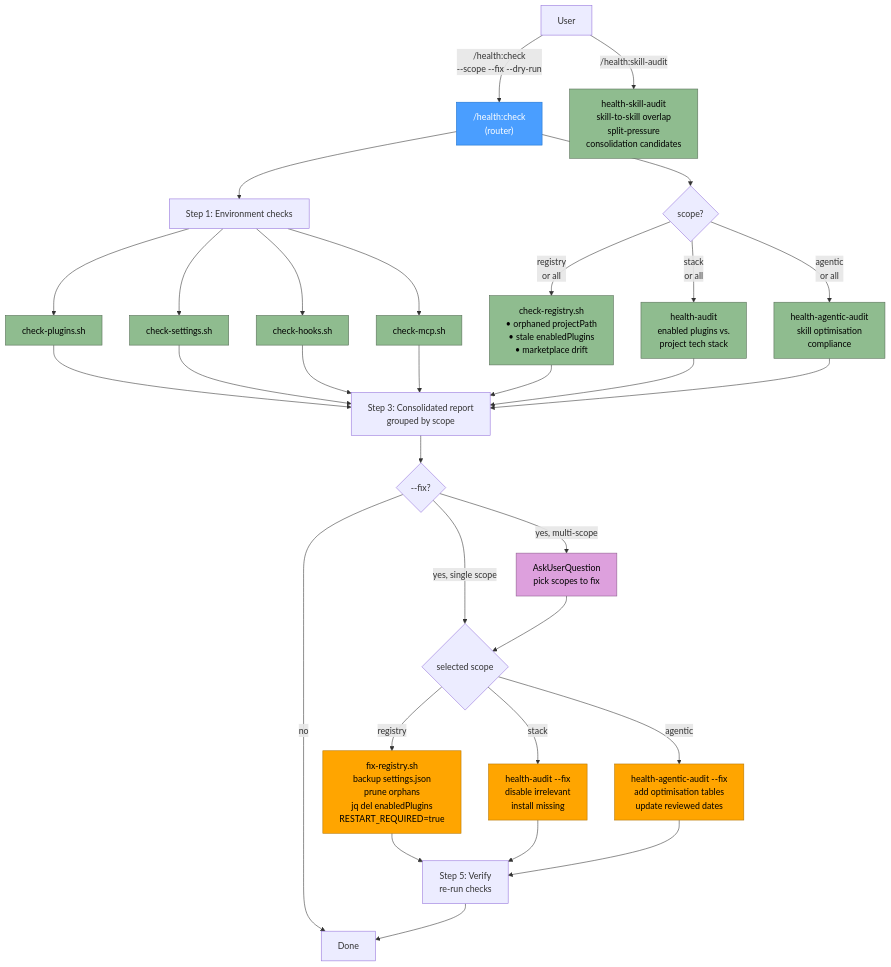
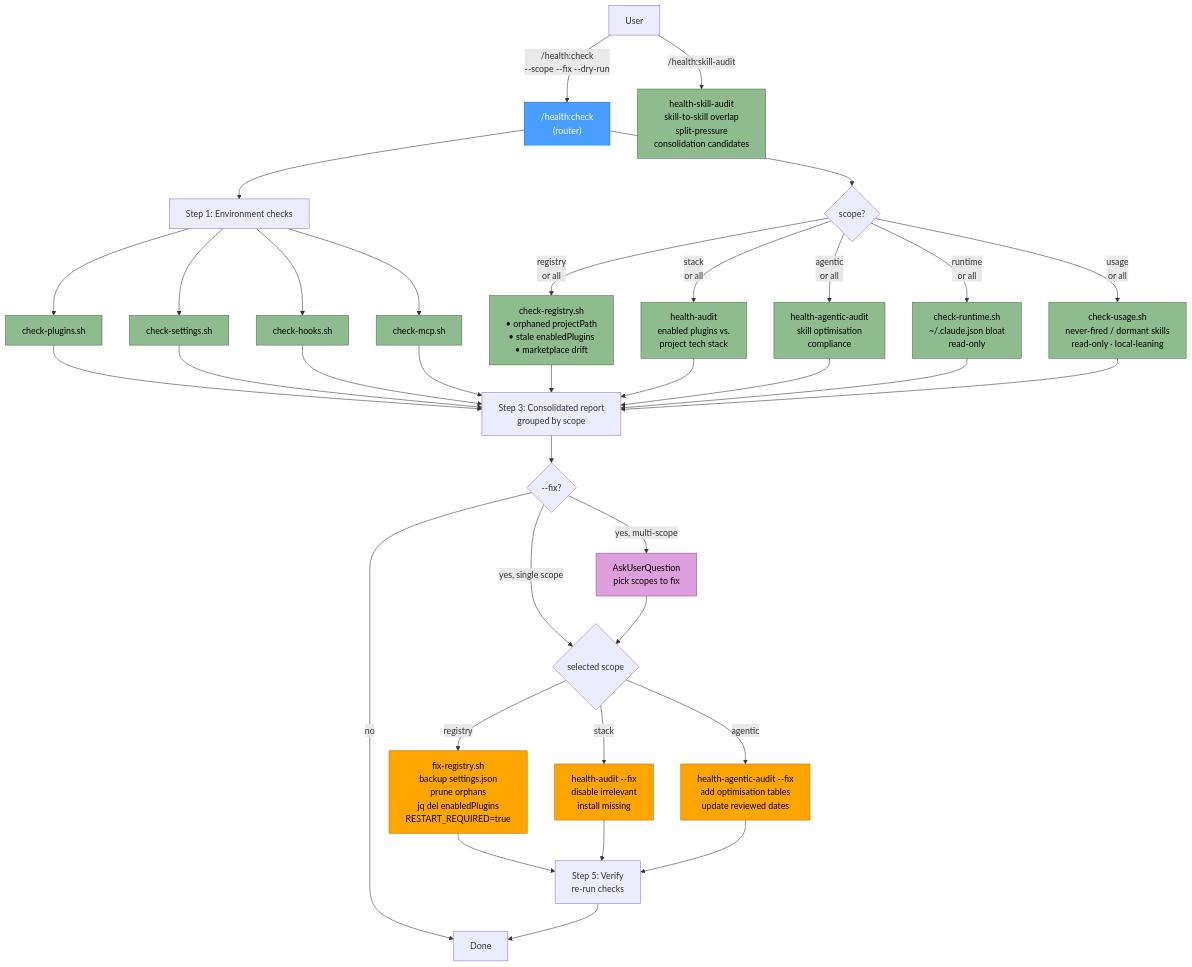
One commit to laurigates/claude-plugins changed the diagram in health-plugin/docs/flow.md. Above: the diagram before and after it, drawn with Mermaid. The commit also changed other lines of this file and 4 other files, not shown here.

First line of the commit message:
feat(health-plugin): add --scope=usage session-telemetry audit

````diff
--- a/health-plugin/docs/flow.md
+++ b/health-plugin/docs/flow.md
@@ -3,41 +3,43 @@
 ```mermaid
 flowchart TD
     U[User] -->|/health:check<br/>--scope --fix --dry-run| R["/health:check<br/>(router)"]
     U -->|/health:skill-audit| SA[health-skill-audit<br/>skill-to-skill overlap<br/>split-pressure<br/>consolidation candidates]
 
     R --> ENV[Step 1: Environment checks]
     ENV --> CP[check-plugins.sh]
     ENV --> CS[check-settings.sh]
     ENV --> CH[check-hooks.sh]
     ENV --> CM[check-mcp.sh]
 
     R --> SCOPE{scope?}
     SCOPE -->|registry<br/>or all| REG[check-registry.sh<br/>• orphaned projectPath<br/>• stale enabledPlugins<br/>• marketplace drift]
     SCOPE -->|stack<br/>or all| STK[health-audit<br/>enabled plugins vs.<br/>project tech stack]
     SCOPE -->|agentic<br/>or all| AGT[health-agentic-audit<br/>skill optimisation<br/>compliance]
+    SCOPE -->|runtime<br/>or all| RUN[check-runtime.sh<br/>~/.claude.json bloat<br/>read-only]
+    SCOPE -->|usage<br/>or all| USG[check-usage.sh<br/>never-fired / dormant skills<br/>read-only · local-leaning]
 
-    CP & CS & CH & CM & REG & STK & AGT --> RPT[Step 3: Consolidated report<br/>grouped by scope]
+    CP & CS & CH & CM & REG & STK & AGT & RUN & USG --> RPT[Step 3: Consolidated report<br/>grouped by scope]
 
     RPT --> FIX{--fix?}
     FIX -->|no| DONE[Done]
     FIX -->|yes, multi-scope| ASK[AskUserQuestion<br/>pick scopes to fix]
     FIX -->|yes, single scope| DELEGATE
     ASK --> DELEGATE{selected scope}
 
     DELEGATE -->|registry| FR[fix-registry.sh<br/>backup settings.json<br/>prune orphans<br/>jq del enabledPlugins<br/>RESTART_REQUIRED=true]
     DELEGATE -->|stack| FS[health-audit --fix<br/>disable irrelevant<br/>install missing]
     DELEGATE -->|agentic| FA[health-agentic-audit --fix<br/>add optimisation tables<br/>update reviewed dates]
 
     FR & FS & FA --> VER[Step 5: Verify<br/>re-run checks]
     VER --> DONE
 
     classDef router fill:#4a9eff,stroke:#1a6ecc,color:#fff
     classDef check fill:#8fbc8f,stroke:#556b55,color:#000
     classDef fix fill:#ffa500,stroke:#b37400,color:#000
     classDef prompt fill:#dda0dd,stroke:#8b5a8b,color:#000
 
     class R router
-    class CP,CS,CH,CM,REG,STK,AGT,SA check
+    class CP,CS,CH,CM,REG,STK,AGT,RUN,USG,SA check
     class FR,FS,FA fix
     class ASK prompt
 ```
````
